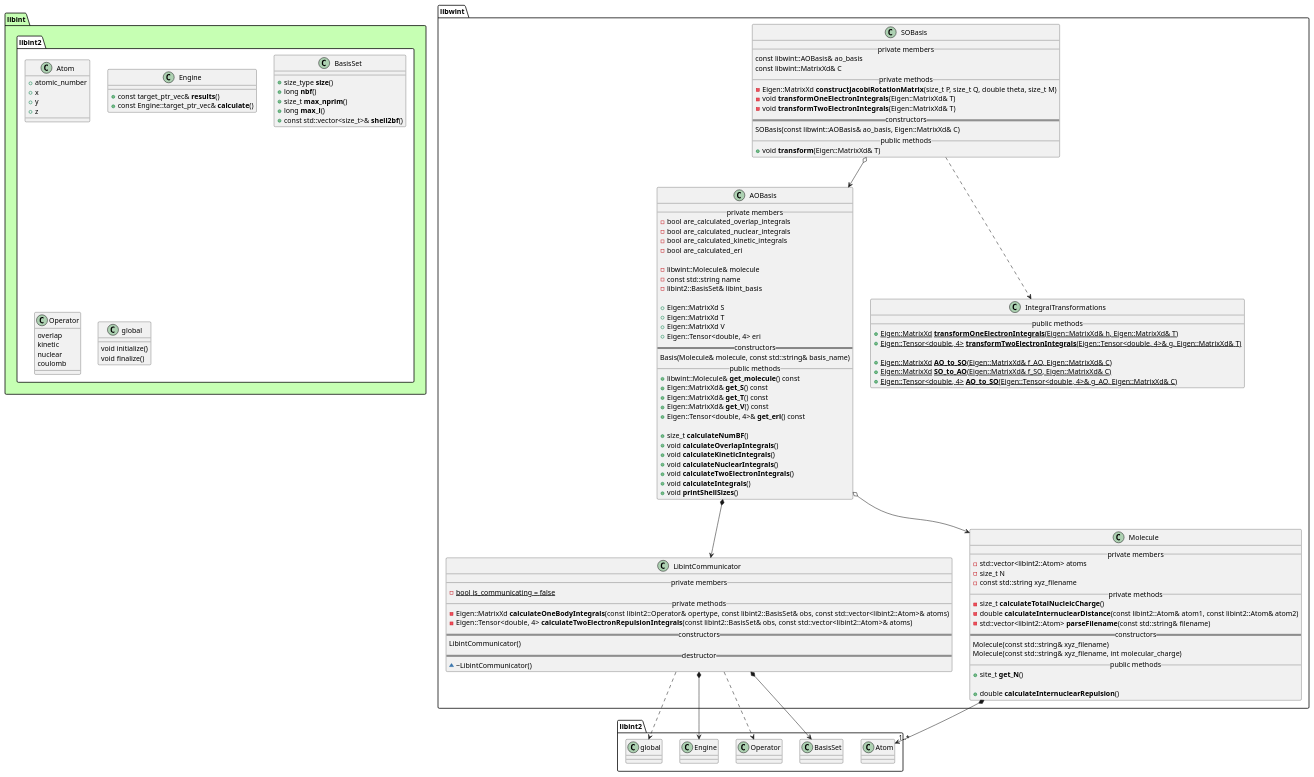
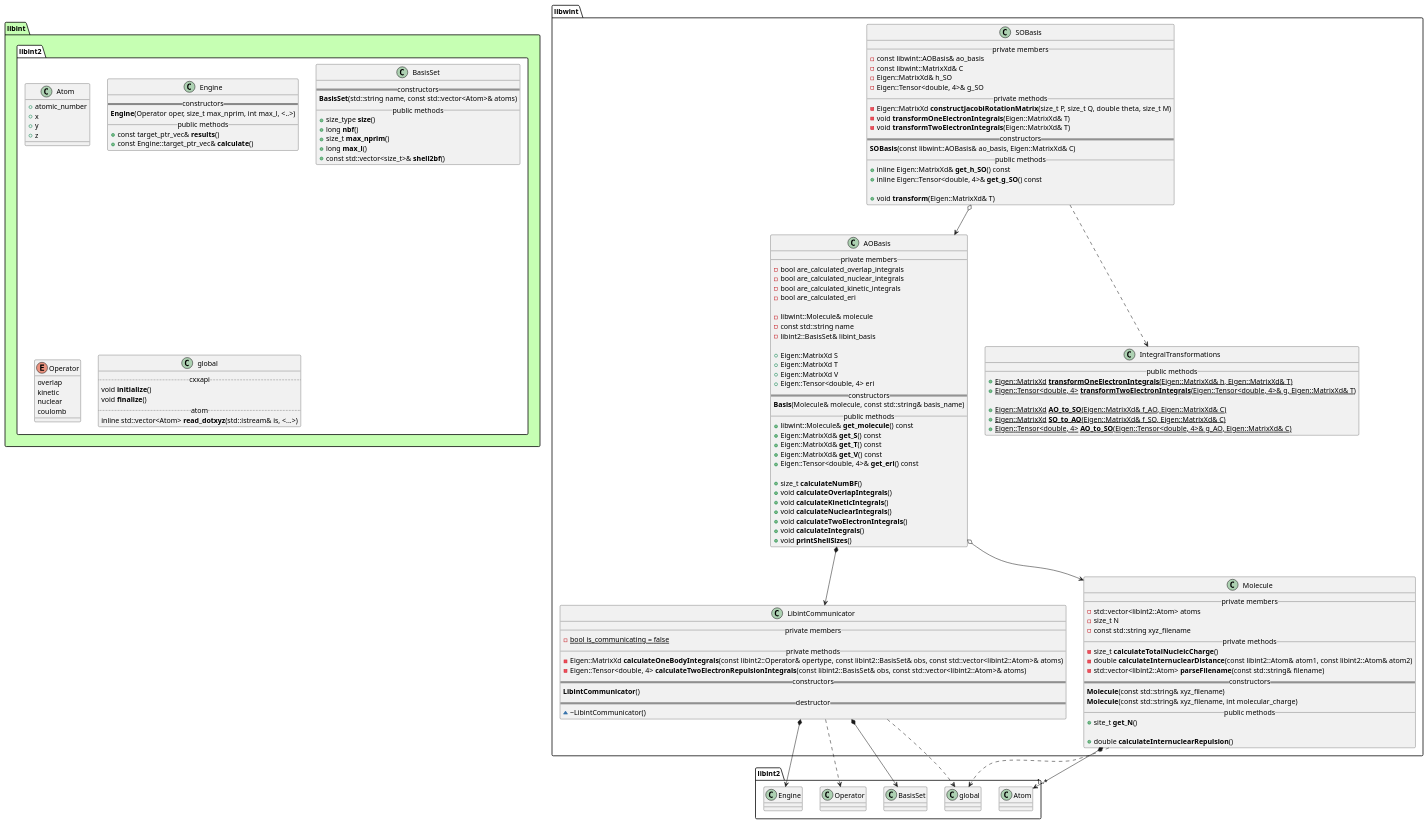
One commit to tmhuysen/libwint changed the diagram in docs/libwint.puml. Above: the diagram before and after it, drawn with PlantUML. The commit also changed 1 other file, not shown here.

Commit message:
Update UML after refactoring MP2.

```diff
--- a/docs/libwint.puml
+++ b/docs/libwint.puml
@@ -1,155 +1,170 @@
 @startuml
 
 
 
 package libint #c6ffb3 {
     namespace libint2 #ffffff {
         class Atom {
             + atomic_number
             + x
             + y
             + z
         }
 
         class Engine {
-            + const target_ptr_vec& **results**()
-            + const Engine::target_ptr_vec& **calculate**()
+            == constructors ==
+                **Engine**(Operator oper, size_t max_nprim, int max_l, <..>)
+            __ public methods __
+                + const target_ptr_vec& **results**()
+                + const Engine::target_ptr_vec& **calculate**()
         }
 
         class BasisSet {
-            + size_type **size**()
-            + long **nbf**()
-            + size_t **max_nprim**()
-            + long **max_l**()
-            + const std::vector<size_t>& **shell2bf**()
+            == constructors ==
+                **BasisSet**(std::string name, const std::vector<Atom>& atoms)
+            __ public methods __
+                + size_type **size**()
+                + long **nbf**()
+                + size_t **max_nprim**()
+                + long **max_l**()
+                + const std::vector<size_t>& **shell2bf**()
         }
 
-        class Operator {
+        enum Operator {
             overlap
             kinetic
             nuclear
             coulomb
         }
 
         class global {
-            void initialize()
-            void finalize()
+            .. cxxapi ..
+                void **initialize**()
+                void **finalize**()
+            .. atom ..
+                inline std::vector<Atom> **read_dotxyz**(std::istream& is, <...>)
         }
     }
 }
 
 
 
 
 namespace libwint {
 
     class AOBasis {
         __ private members __
             - bool are_calculated_overlap_integrals
             - bool are_calculated_nuclear_integrals
             - bool are_calculated_kinetic_integrals
             - bool are_calculated_eri
 
             - libwint::Molecule& molecule
             - const std::string name
             - libint2::BasisSet& libint_basis
 
             + Eigen::MatrixXd S
             + Eigen::MatrixXd T
             + Eigen::MatrixXd V
             + Eigen::Tensor<double, 4> eri
         == constructors ==
-            Basis(Molecule& molecule, const std::string& basis_name)
+            **Basis**(Molecule& molecule, const std::string& basis_name)
         __ public methods __
             + libwint::Molecule& **get_molecule**() const
             + Eigen::MatrixXd& **get_S**() const
             + Eigen::MatrixXd& **get_T**() const
             + Eigen::MatrixXd& **get_V**() const
             + Eigen::Tensor<double, 4>& **get_eri**() const
 
             + size_t **calculateNumBF**()
             + void **calculateOverlapIntegrals**()
             + void **calculateKineticIntegrals**()
             + void **calculateNuclearIntegrals**()
             + void **calculateTwoElectronIntegrals**()
             + void **calculateIntegrals**()
             + void **printShellSizes**()
     }
 
 
     class SOBasis {
         __ private members __
-            const libwint::AOBasis& ao_basis
-            const libwint::MatrixXd& C
+            - const libwint::AOBasis& ao_basis
+            - const libwint::MatrixXd& C
+            - Eigen::MatrixXd& h_SO
+            - Eigen::Tensor<double, 4>& g_SO
         __ private methods __
             - Eigen::MatrixXd **constructJacobiRotationMatrix**(size_t P, size_t Q, double theta, size_t M)
             - void **transformOneElectronIntegrals**(Eigen::MatrixXd& T)
             - void **transformTwoElectronIntegrals**(Eigen::MatrixXd& T)
         == constructors ==
-            SOBasis(const libwint::AOBasis& ao_basis, Eigen::MatrixXd& C)
+            **SOBasis**(const libwint::AOBasis& ao_basis, Eigen::MatrixXd& C)
         __ public methods __
+            + inline Eigen::MatrixXd& **get_h_SO**() const
+            + inline Eigen::Tensor<double, 4>& **get_g_SO**() const
+
             + void **transform**(Eigen::MatrixXd& T)
     }
 
 
     class IntegralTransformations {
         __ public methods __
             + {static} Eigen::MatrixXd **transformOneElectronIntegrals**(Eigen::MatrixXd& h, Eigen::MatrixXd& T)
             + {static} Eigen::Tensor<double, 4> **transformTwoElectronIntegrals**(Eigen::Tensor<double, 4>& g, Eigen::MatrixXd& T)
 
             + {static} Eigen::MatrixXd **AO_to_SO**(Eigen::MatrixXd& f_AO, Eigen::MatrixXd& C)
             + {static} Eigen::MatrixXd **SO_to_AO**(Eigen::MatrixXd& f_SO, Eigen::MatrixXd& C)
             + {static} Eigen::Tensor<double, 4> **AO_to_SO**(Eigen::Tensor<double, 4>& g_AO, Eigen::MatrixXd& C)
     }
 
 
     class LibintCommunicator {
         __ private members __
             - {static} bool is_communicating = false
         __ private methods __
             - Eigen::MatrixXd **calculateOneBodyIntegrals**(const libint2::Operator& opertype, const libint2::BasisSet& obs, const std::vector<libint2::Atom>& atoms)
             - Eigen::Tensor<double, 4> **calculateTwoElectronRepulsionIntegrals**(const libint2::BasisSet& obs, const std::vector<libint2::Atom>& atoms)
         == constructors ==
-            LibintCommunicator()
+            **LibintCommunicator**()
         == destructor ==
             ~ ~LibintCommunicator()
     }
 
 
     class Molecule {
         __ private members __
             - std::vector<libint2::Atom> atoms
             - size_t N
             - const std::string xyz_filename
         __ private methods __
             - size_t **calculateTotalNucleicCharge**()
             - double **calculateInternuclearDistance**(const libint2::Atom& atom1, const libint2::Atom& atom2)
             - std::vector<libint2::Atom> **parseFilename**(const std::string& filename)
         == constructors ==
-            Molecule(const std::string& xyz_filename)
-            Molecule(const std::string& xyz_filename, int molecular_charge)
+            **Molecule**(const std::string& xyz_filename)
+            **Molecule**(const std::string& xyz_filename, int molecular_charge)
         __ public methods __
             + site_t **get_N**()
 
             + double **calculateInternuclearRepulsion**()
     }
 
 }
 
 
 
 libwint.AOBasis o--> libwint.Molecule
 libwint.AOBasis *--> libwint.LibintCommunicator
 
 libwint.LibintCommunicator *--> libint2.BasisSet
 libwint.LibintCommunicator ..> libint2.Operator
 libwint.LibintCommunicator *--> libint2.Engine
 libwint.LibintCommunicator ..> libint2.global
 
 libwint.Molecule *--> "1..*" libint2.Atom
+libwint.Molecule ..> libint2.global
 
 libwint.SOBasis ..> libwint.IntegralTransformations
 libwint.SOBasis o--> libwint.AOBasis
 
 
 @enduml
```
